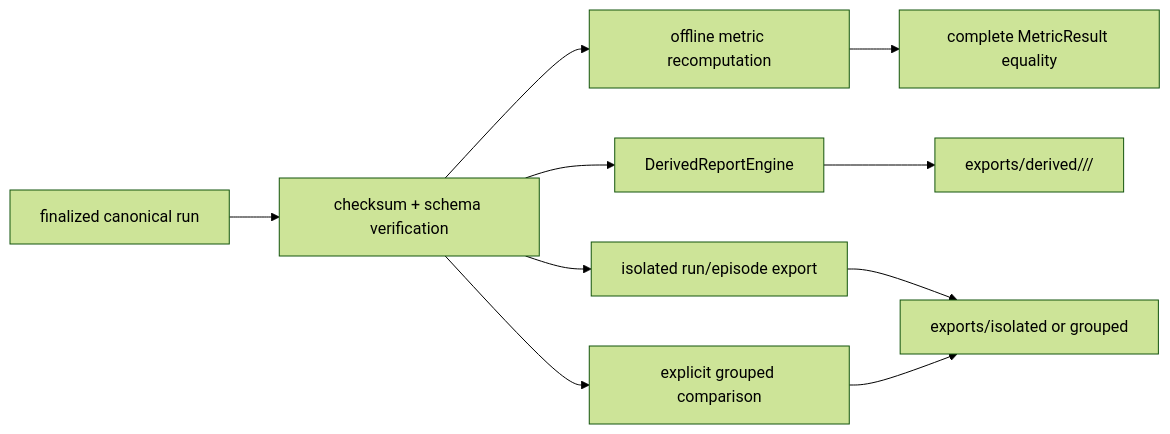
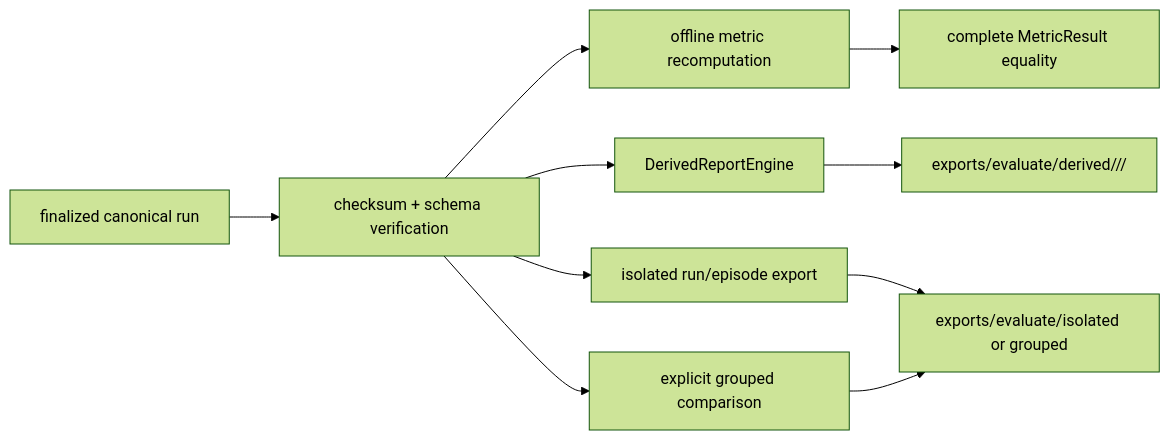
The eighth of 9 diagrams in ARCHITECTURE.md (kon0327/ovlab), drawn with Mermaid (forest theme) before and after one commit. The commit also changed 23 other files, not shown here.

````diff
--- a/ARCHITECTURE.md
+++ b/ARCHITECTURE.md
@@ -532,18 +532,18 @@
 ```mermaid
 flowchart LR
     Run["finalized canonical run"]
     Verify["checksum + schema verification"]
     Recompute["offline metric recomputation"]
     Compare["complete MetricResult equality"]
     Report["DerivedReportEngine"]
     Isolated["isolated run/episode export"]
     Grouped["explicit grouped comparison"]
-    Derived["exports/derived/<run>/<profile>/<build>"]
-    Exports["exports/isolated or grouped"]
+    Derived["exports/evaluate/derived/<run>/<profile>/<build>"]
+    Exports["exports/evaluate/isolated or grouped"]
 
     Run --> Verify
     Verify --> Recompute --> Compare
     Verify --> Report --> Derived
     Verify --> Isolated --> Exports
     Verify --> Grouped --> Exports
 ```
````
